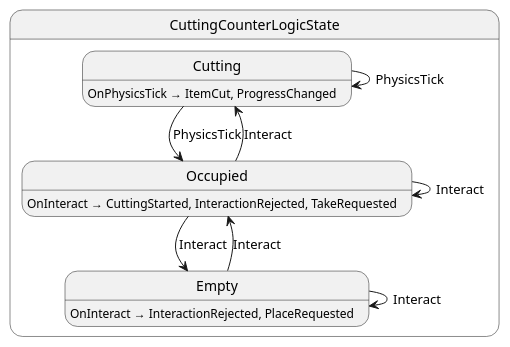
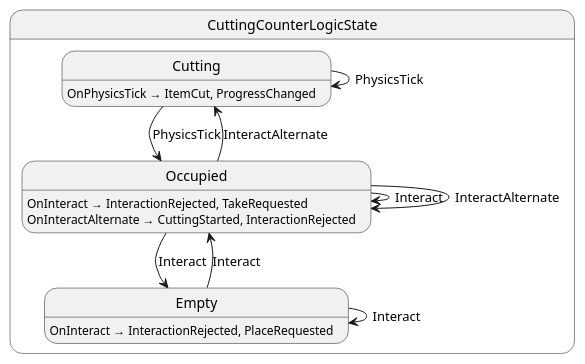
The diagram in src/counters/cutting_counter/CuttingCounterLogicState.g.puml (MaymeJetsoft/KitchenChaos), drawn with PlantUML before and after one commit. The commit also changed 77 other files, not shown here.

Commit message:
cuttingCounter: add cutting using interactAlternate

```diff
--- a/src/counters/cutting_counter/CuttingCounterLogicState.g.puml
+++ b/src/counters/cutting_counter/CuttingCounterLogicState.g.puml
@@ -1,19 +1,21 @@
 @startuml CuttingCounterLogicState
 state "CuttingCounterLogicState" as KitchenChaos_CuttingCounterLogicState {
   state "Cutting" as KitchenChaos_CuttingCounterLogicState_Cutting
   state "Empty" as KitchenChaos_CuttingCounterLogicState_Empty
   state "Occupied" as KitchenChaos_CuttingCounterLogicState_Occupied
 }
 
 KitchenChaos_CuttingCounterLogicState_Cutting --> KitchenChaos_CuttingCounterLogicState_Cutting : PhysicsTick
 KitchenChaos_CuttingCounterLogicState_Cutting --> KitchenChaos_CuttingCounterLogicState_Occupied : PhysicsTick
 KitchenChaos_CuttingCounterLogicState_Empty --> KitchenChaos_CuttingCounterLogicState_Empty : Interact
 KitchenChaos_CuttingCounterLogicState_Empty --> KitchenChaos_CuttingCounterLogicState_Occupied : Interact
-KitchenChaos_CuttingCounterLogicState_Occupied --> KitchenChaos_CuttingCounterLogicState_Cutting : Interact
+KitchenChaos_CuttingCounterLogicState_Occupied --> KitchenChaos_CuttingCounterLogicState_Cutting : InteractAlternate
 KitchenChaos_CuttingCounterLogicState_Occupied --> KitchenChaos_CuttingCounterLogicState_Empty : Interact
 KitchenChaos_CuttingCounterLogicState_Occupied --> KitchenChaos_CuttingCounterLogicState_Occupied : Interact
+KitchenChaos_CuttingCounterLogicState_Occupied --> KitchenChaos_CuttingCounterLogicState_Occupied : InteractAlternate
 
 KitchenChaos_CuttingCounterLogicState_Cutting : OnPhysicsTick → ItemCut, ProgressChanged
 KitchenChaos_CuttingCounterLogicState_Empty : OnInteract → InteractionRejected, PlaceRequested
-KitchenChaos_CuttingCounterLogicState_Occupied : OnInteract → CuttingStarted, InteractionRejected, TakeRequested
+KitchenChaos_CuttingCounterLogicState_Occupied : OnInteract → InteractionRejected, TakeRequested
+KitchenChaos_CuttingCounterLogicState_Occupied : OnInteractAlternate → CuttingStarted, InteractionRejected
 @enduml
```
